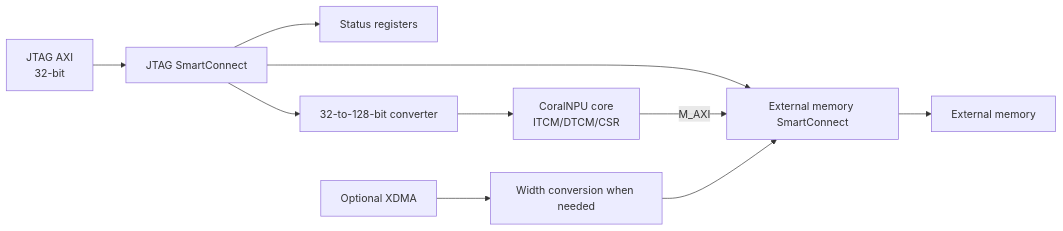
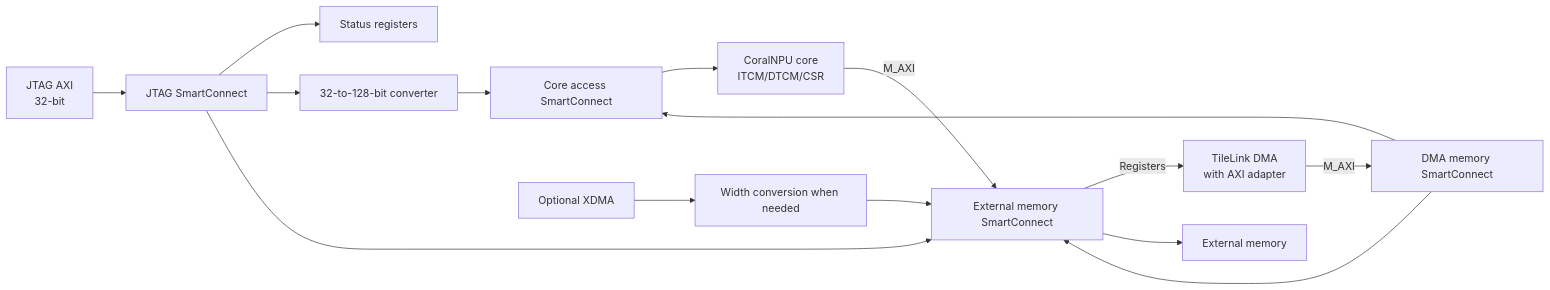
The diagram in README.md (sheepymeh/xup-vvp-coral), drawn with Mermaid before and after one commit. The commit also changed other lines of this file and 13 other files, not shown here.

Commit message:
Integrate TileLink DMA into board AXI fabric

````diff
--- a/README.md
+++ b/README.md
@@ -11,12 +11,17 @@
 ```mermaid
 flowchart LR
     JTAG[JTAG AXI<br/>32-bit] --> JMUX[JTAG SmartConnect]
     JMUX --> STATUS[Status registers]
     JMUX --> CW[32-to-128-bit converter]
-    CW --> CORE[CoralNPU core<br/>ITCM/DTCM/CSR]
+    CW --> CA[Core access SmartConnect]
+    CA --> CORE[CoralNPU core<br/>ITCM/DTCM/CSR]
     JMUX --> EMUX[External memory SmartConnect]
     CORE -->|M_AXI| EMUX
+    EMUX -->|Registers| DMA[TileLink DMA<br/>with AXI adapter]
+    DMA -->|M_AXI| DM[DMA memory SmartConnect]
+    DM --> CA
+    DM --> EMUX
     XDMA[Optional XDMA] --> PCIECONV[Width conversion when needed]
     PCIECONV --> EMUX
     EMUX --> MEM[External memory]
 ```
````
